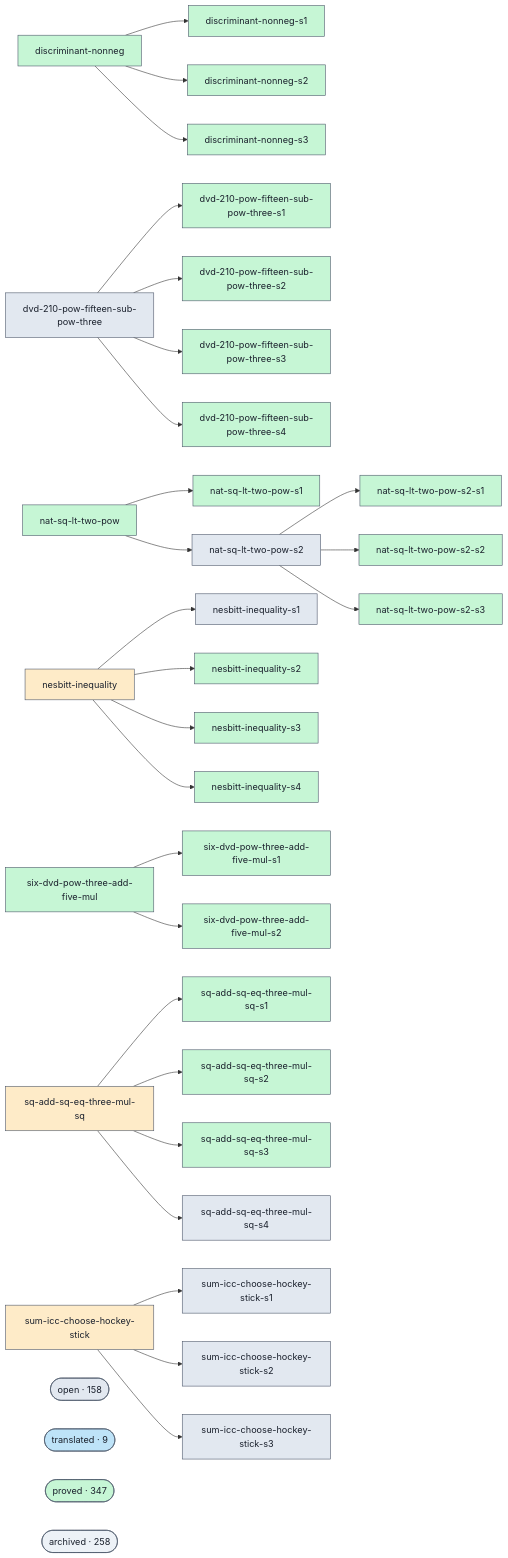
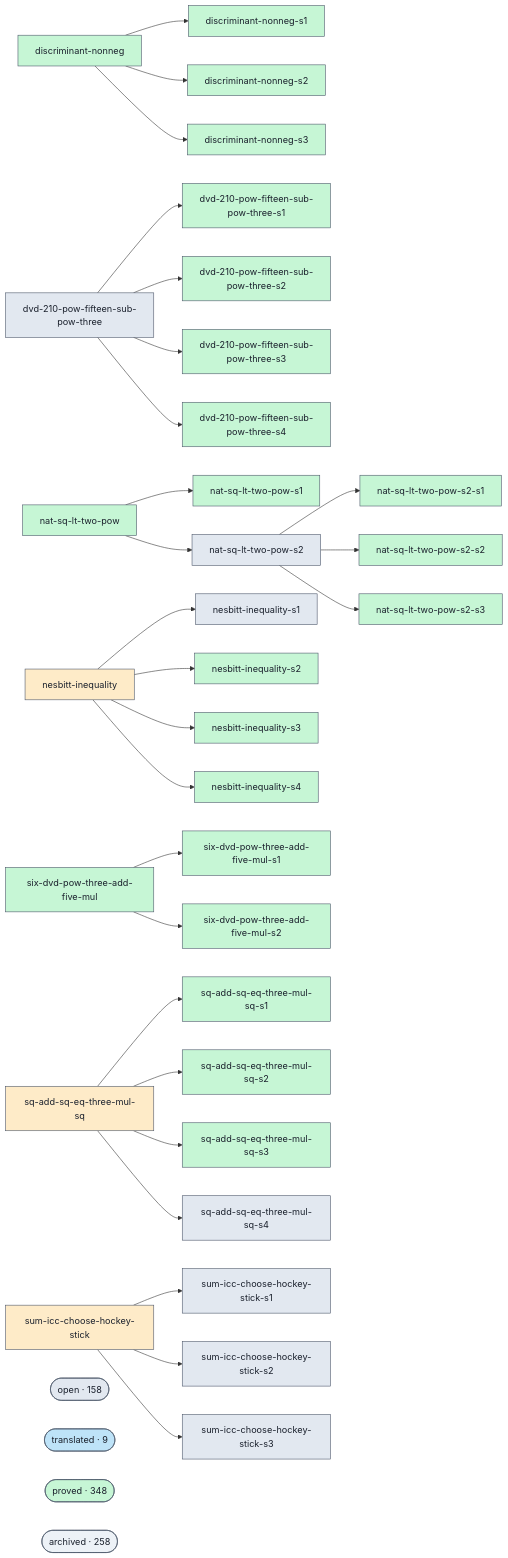
The diagram in docs/proofs-contributors-visualisation.md (Rauxon/unsorry), drawn with Mermaid before and after one commit. The commit also changed other lines of this file and 2 other files, not shown here.

```diff
--- a/docs/proofs-contributors-visualisation.md
+++ b/docs/proofs-contributors-visualisation.md
@@ -147,7 +147,7 @@
   class cluster_open open;
   cluster_translated(["translated · 9"])
   class cluster_translated translated;
-  cluster_proved(["proved · 347"])
+  cluster_proved(["proved · 348"])
   class cluster_proved proved;
   cluster_archived(["archived · 258"])
   class cluster_archived unknown;
```
